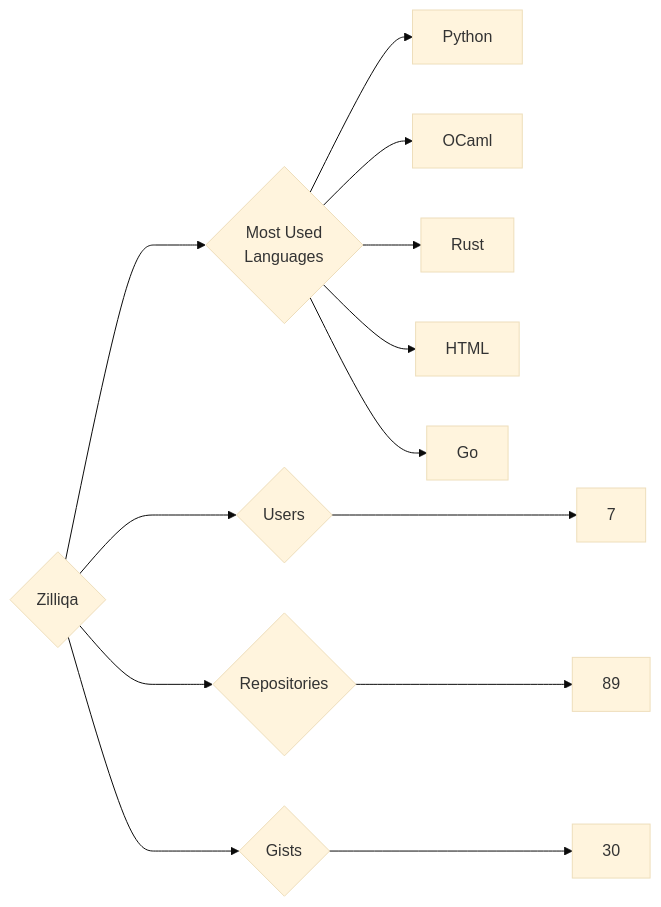
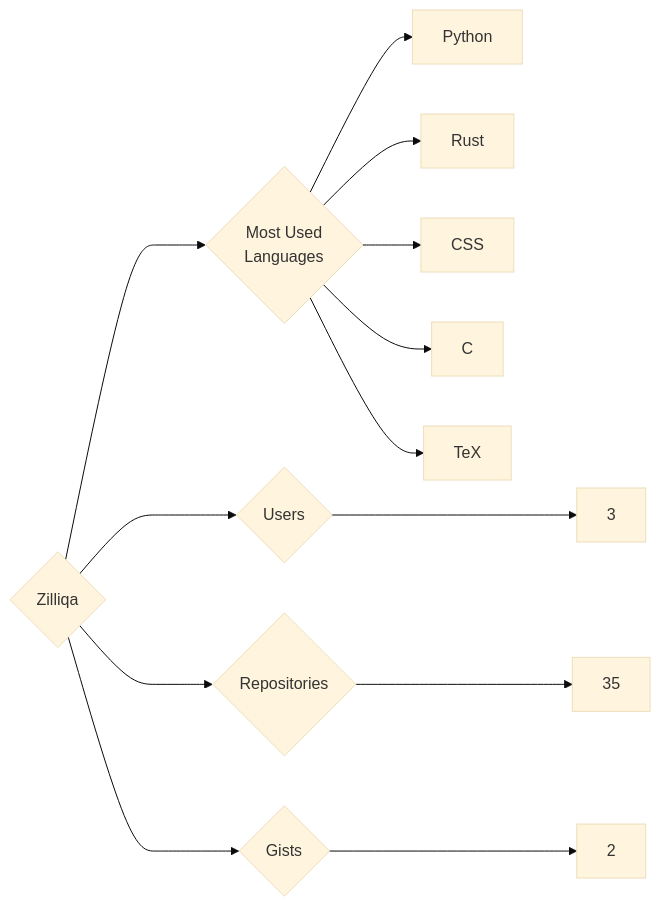
Before and after one commit to trickest/insiders: the diagram in targets/Zilliqa/README.md, drawn with Mermaid (base theme). The commit also changed 1496 other files, not shown here.

````diff
--- a/targets/Zilliqa/README.md
+++ b/targets/Zilliqa/README.md
@@ -3,13 +3,13 @@
 ```mermaid
 graph LR
 COMPANY_NAME{Zilliqa}
-COMPANY_NAME ---> U{Users} ---> UN[7]
-COMPANY_NAME ---> R{Repositories} ---> RN[89]
-COMPANY_NAME ---> G{Gists} ---> GN[30]
+COMPANY_NAME ---> U{Users} ---> UN[3]
+COMPANY_NAME ---> R{Repositories} ---> RN[35]
+COMPANY_NAME ---> G{Gists} ---> GN[2]
 COMPANY_NAME ---> ML{Most Used<br>Languages}
 ML --> Python[Python]
-ML --> OCaml[OCaml]
 ML --> Rust[Rust]
-ML --> HTML[HTML]
-ML --> Go[Go]
+ML --> CSS[CSS]
+ML --> C[C]
+ML --> TeX[TeX]
 ```
````
